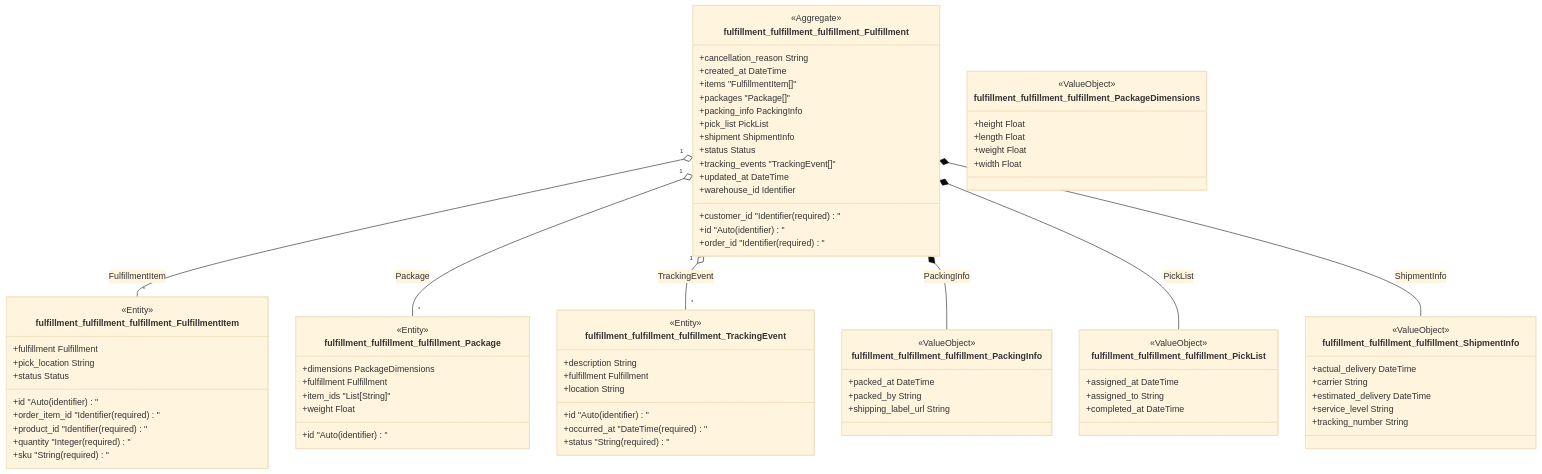
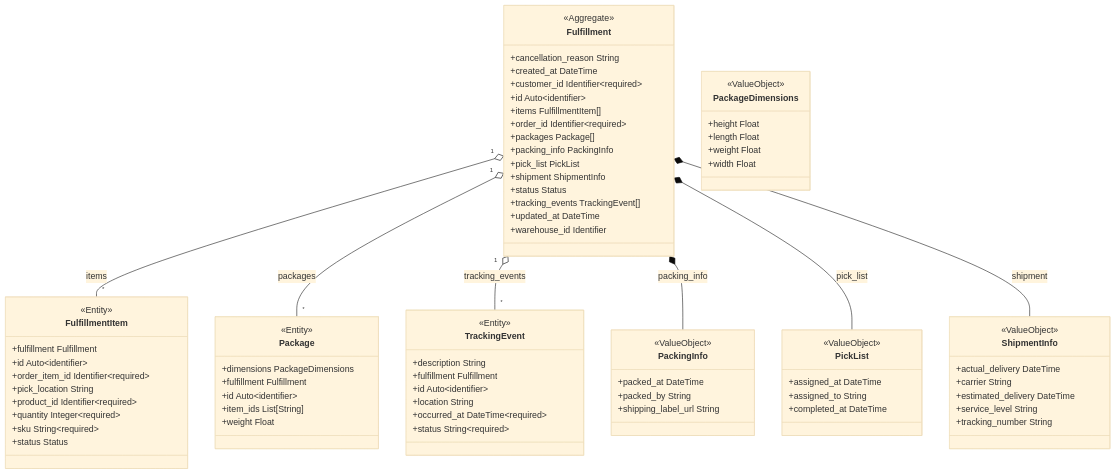
Before and after one commit to proteanhq/shopstream: the diagram in docs/fulfillment/clusters.md, drawn with Mermaid (base theme). The commit also changed 24 other files, not shown here.

First line of the commit message:
Regenerate docs with improved Mermaid diagrams from upstream Protean fixes

````diff
--- a/docs/fulfillment/clusters.md
+++ b/docs/fulfillment/clusters.md
@@ -3,81 +3,81 @@
 ```mermaid
 classDiagram
-    class fulfillment_fulfillment_fulfillment_Fulfillment {
+    class fulfillment_fulfillment_fulfillment_Fulfillment["Fulfillment"] {
         <<Aggregate>>
         +cancellation_reason String
         +created_at DateTime
-        +customer_id "Identifier (required)"
-        +id "Auto (identifier)"
-        +items "FulfillmentItem[]"
-        +order_id "Identifier (required)"
-        +packages "Package[]"
+        +customer_id Identifier~required~
+        +id Auto~identifier~
+        +items FulfillmentItem[]
+        +order_id Identifier~required~
+        +packages Package[]
         +packing_info PackingInfo
         +pick_list PickList
         +shipment ShipmentInfo
         +status Status
-        +tracking_events "TrackingEvent[]"
+        +tracking_events TrackingEvent[]
         +updated_at DateTime
         +warehouse_id Identifier
     }
-    class fulfillment_fulfillment_fulfillment_FulfillmentItem {
+    class fulfillment_fulfillment_fulfillment_FulfillmentItem["FulfillmentItem"] {
         <<Entity>>
         +fulfillment Fulfillment
-        +id "Auto (identifier)"
-        +order_item_id "Identifier (required)"
+        +id Auto~identifier~
+        +order_item_id Identifier~required~
         +pick_location String
-        +product_id "Identifier (required)"
-        +quantity "Integer (required)"
-        +sku "String (required)"
+        +product_id Identifier~required~
+        +quantity Integer~required~
+        +sku String~required~
         +status Status
     }
-    fulfillment_fulfillment_fulfillment_Fulfillment "1" o-- "*" fulfillment_fulfillment_fulfillment_FulfillmentItem : FulfillmentItem
-    class fulfillment_fulfillment_fulfillment_Package {
+    fulfillment_fulfillment_fulfillment_Fulfillment "1" o-- "*" fulfillment_fulfillment_fulfillment_FulfillmentItem : items
+    class fulfillment_fulfillment_fulfillment_Package["Package"] {
         <<Entity>>
         +dimensions PackageDimensions
         +fulfillment Fulfillment
-        +id "Auto (identifier)"
-        +item_ids "List[String]"
+        +id Auto~identifier~
+        +item_ids List[String]
         +weight Float
     }
-    fulfillment_fulfillment_fulfillment_Fulfillment "1" o-- "*" fulfillment_fulfillment_fulfillment_Package : Package
-    class fulfillment_fulfillment_fulfillment_TrackingEvent {
+    fulfillment_fulfillment_fulfillment_Fulfillment "1" o-- "*" fulfillment_fulfillment_fulfillment_Package : packages
+    class fulfillment_fulfillment_fulfillment_TrackingEvent["TrackingEvent"] {
         <<Entity>>
         +description String
         +fulfillment Fulfillment
-        +id "Auto (identifier)"
+        +id Auto~identifier~
         +location String
-        +occurred_at "DateTime (required)"
-        +status "String (required)"
+        +occurred_at DateTime~required~
+        +status String~required~
     }
-    fulfillment_fulfillment_fulfillment_Fulfillment "1" o-- "*" fulfillment_fulfillment_fulfillment_TrackingEvent : TrackingEvent
-    class fulfillment_fulfillment_fulfillment_PackageDimensions {
+    fulfillment_fulfillment_fulfillment_Fulfillment "1" o-- "*" fulfillment_fulfillment_fulfillment_TrackingEvent : tracking_events
+    class fulfillment_fulfillment_fulfillment_PackageDimensions["PackageDimensions"] {
         <<ValueObject>>
         +height Float
         +length Float
         +weight Float
         +width Float
     }
-    class fulfillment_fulfillment_fulfillment_PackingInfo {
+    class fulfillment_fulfillment_fulfillment_PackingInfo["PackingInfo"] {
         <<ValueObject>>
         +packed_at DateTime
         +packed_by String
         +shipping_label_url String
     }
-    fulfillment_fulfillment_fulfillment_Fulfillment *-- fulfillment_fulfillment_fulfillment_PackingInfo : PackingInfo
-    class fulfillment_fulfillment_fulfillment_PickList {
+    fulfillment_fulfillment_fulfillment_Fulfillment *-- fulfillment_fulfillment_fulfillment_PackingInfo : packing_info
+    class fulfillment_fulfillment_fulfillment_PickList["PickList"] {
         <<ValueObject>>
         +assigned_at DateTime
         +assigned_to String
         +completed_at DateTime
     }
-    fulfillment_fulfillment_fulfillment_Fulfillment *-- fulfillment_fulfillment_fulfillment_PickList : PickList
-    class fulfillment_fulfillment_fulfillment_ShipmentInfo {
+    fulfillment_fulfillment_fulfillment_Fulfillment *-- fulfillment_fulfillment_fulfillment_PickList : pick_list
+    class fulfillment_fulfillment_fulfillment_ShipmentInfo["ShipmentInfo"] {
         <<ValueObject>>
         +actual_delivery DateTime
         +carrier String
         +estimated_delivery DateTime
         +service_level String
         +tracking_number String
     }
-    fulfillment_fulfillment_fulfillment_Fulfillment *-- fulfillment_fulfillment_fulfillment_ShipmentInfo : ShipmentInfo
+    fulfillment_fulfillment_fulfillment_Fulfillment *-- fulfillment_fulfillment_fulfillment_ShipmentInfo : shipment
 ```
````
